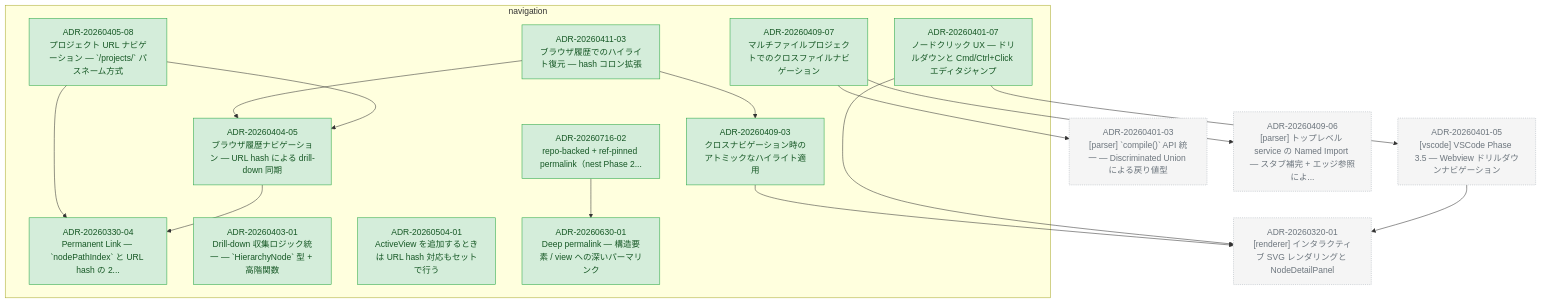
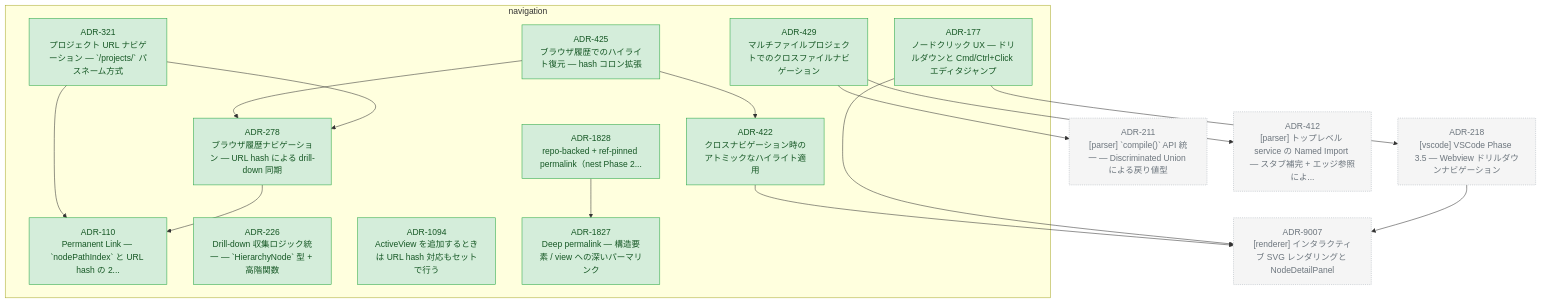
One commit to kompiro/karasu changed the diagram in docs/adr/graph/navigation.md. Above: the diagram before and after it, drawn with Mermaid. The commit also changed 836 other files, not shown here.

````diff
--- a/docs/adr/graph/navigation.md
+++ b/docs/adr/graph/navigation.md
@@ -6,54 +6,54 @@
 ```mermaid
 flowchart TD
   subgraph navigation["navigation"]
-    ADR_20260330_04["ADR-20260330-04<br/>Permanent Link — `nodePathIndex` と URL hash の 2..."]
-    ADR_20260401_07["ADR-20260401-07<br/>ノードクリック UX — ドリルダウンと Cmd/Ctrl+Click エディタジャンプ"]
-    ADR_20260403_01["ADR-20260403-01<br/>Drill-down 収集ロジック統一 — `HierarchyNode` 型 + 高階関数"]
-    ADR_20260404_05["ADR-20260404-05<br/>ブラウザ履歴ナビゲーション — URL hash による drill-down 同期"]
-    ADR_20260405_08["ADR-20260405-08<br/>プロジェクト URL ナビゲーション — `/projects/<uuid>` パスネーム方式"]
-    ADR_20260409_03["ADR-20260409-03<br/>クロスナビゲーション時のアトミックなハイライト適用"]
-    ADR_20260409_07["ADR-20260409-07<br/>マルチファイルプロジェクトでのクロスファイルナビゲーション"]
-    ADR_20260411_03["ADR-20260411-03<br/>ブラウザ履歴でのハイライト復元 — hash コロン拡張"]
-    ADR_20260504_01["ADR-20260504-01<br/>ActiveView を追加するときは URL hash 対応もセットで行う"]
-    ADR_20260630_01["ADR-20260630-01<br/>Deep permalink — 構造要素 / view への深いパーマリンク"]
-    ADR_20260716_02["ADR-20260716-02<br/>repo-backed + ref-pinned permalink（nest Phase 2..."]
+    ADR_110["ADR-110<br/>Permanent Link — `nodePathIndex` と URL hash の 2..."]
+    ADR_177["ADR-177<br/>ノードクリック UX — ドリルダウンと Cmd/Ctrl+Click エディタジャンプ"]
+    ADR_226["ADR-226<br/>Drill-down 収集ロジック統一 — `HierarchyNode` 型 + 高階関数"]
+    ADR_278["ADR-278<br/>ブラウザ履歴ナビゲーション — URL hash による drill-down 同期"]
+    ADR_321["ADR-321<br/>プロジェクト URL ナビゲーション — `/projects/<uuid>` パスネーム方式"]
+    ADR_422["ADR-422<br/>クロスナビゲーション時のアトミックなハイライト適用"]
+    ADR_425["ADR-425<br/>ブラウザ履歴でのハイライト復元 — hash コロン拡張"]
+    ADR_429["ADR-429<br/>マルチファイルプロジェクトでのクロスファイルナビゲーション"]
+    ADR_1094["ADR-1094<br/>ActiveView を追加するときは URL hash 対応もセットで行う"]
+    ADR_1827["ADR-1827<br/>Deep permalink — 構造要素 / view への深いパーマリンク"]
+    ADR_1828["ADR-1828<br/>repo-backed + ref-pinned permalink（nest Phase 2..."]
   end
-  ADR_20260320_01["ADR-20260320-01<br/>[renderer] インタラクティブ SVG レンダリングと NodeDetailPanel"]
-  ADR_20260401_03["ADR-20260401-03<br/>[parser] `compile()` API 統一 — Discriminated Union による戻り値型"]
-  ADR_20260401_05["ADR-20260401-05<br/>[vscode] VSCode Phase 3.5 — Webview ドリルダウンナビゲーション"]
-  ADR_20260409_06["ADR-20260409-06<br/>[parser] トップレベル service の Named Import — スタブ補完 + エッジ参照によ..."]
-  ADR_20260401_07 --> ADR_20260320_01
-  ADR_20260401_07 --> ADR_20260401_05
-  ADR_20260404_05 --> ADR_20260330_04
-  ADR_20260405_08 --> ADR_20260404_05
-  ADR_20260405_08 --> ADR_20260330_04
-  ADR_20260409_03 --> ADR_20260320_01
-  ADR_20260409_07 --> ADR_20260409_06
-  ADR_20260409_07 --> ADR_20260401_03
-  ADR_20260411_03 --> ADR_20260409_03
-  ADR_20260411_03 --> ADR_20260404_05
-  ADR_20260716_02 --> ADR_20260630_01
-  ADR_20260401_05 --> ADR_20260320_01
+  ADR_211["ADR-211<br/>[parser] `compile()` API 統一 — Discriminated Union による戻り値型"]
+  ADR_218["ADR-218<br/>[vscode] VSCode Phase 3.5 — Webview ドリルダウンナビゲーション"]
+  ADR_412["ADR-412<br/>[parser] トップレベル service の Named Import — スタブ補完 + エッジ参照によ..."]
+  ADR_9007["ADR-9007<br/>[renderer] インタラクティブ SVG レンダリングと NodeDetailPanel"]
+  ADR_177 --> ADR_9007
+  ADR_177 --> ADR_218
+  ADR_278 --> ADR_110
+  ADR_321 --> ADR_278
+  ADR_321 --> ADR_110
+  ADR_422 --> ADR_9007
+  ADR_425 --> ADR_422
+  ADR_425 --> ADR_278
+  ADR_429 --> ADR_412
+  ADR_429 --> ADR_211
+  ADR_1828 --> ADR_1827
+  ADR_218 --> ADR_9007
 
   classDef accepted fill:#d4edda,stroke:#28a745,color:#155724
   classDef proposed fill:#fff3cd,stroke:#ffc107,color:#856404
   classDef deprecated fill:#f8d7da,stroke:#dc3545,color:#721c24
   classDef superseded fill:#e2e3e5,stroke:#6c757d,color:#383d41
   classDef not_adopted fill:#e2e3e5,stroke:#6c757d,color:#383d41,stroke-dasharray:3 3
   classDef ghost fill:#f5f5f5,stroke:#adb5bd,color:#6c757d,stroke-dasharray:2 2
-  class ADR_20260330_04 accepted
-  class ADR_20260401_07 accepted
-  class ADR_20260403_01 accepted
-  class ADR_20260404_05 accepted
-  class ADR_20260405_08 accepted
-  class ADR_20260409_03 accepted
-  class ADR_20260409_07 accepted
-  class ADR_20260411_03 accepted
-  class ADR_20260504_01 accepted
-  class ADR_20260630_01 accepted
-  class ADR_20260716_02 accepted
-  class ADR_20260320_01 ghost
-  class ADR_20260401_03 ghost
-  class ADR_20260401_05 ghost
-  class ADR_20260409_06 ghost
+  class ADR_110 accepted
+  class ADR_177 accepted
+  class ADR_226 accepted
+  class ADR_278 accepted
+  class ADR_321 accepted
+  class ADR_422 accepted
+  class ADR_425 accepted
+  class ADR_429 accepted
+  class ADR_1094 accepted
+  class ADR_1827 accepted
+  class ADR_1828 accepted
+  class ADR_211 ghost
+  class ADR_218 ghost
+  class ADR_412 ghost
+  class ADR_9007 ghost
 ```
````
